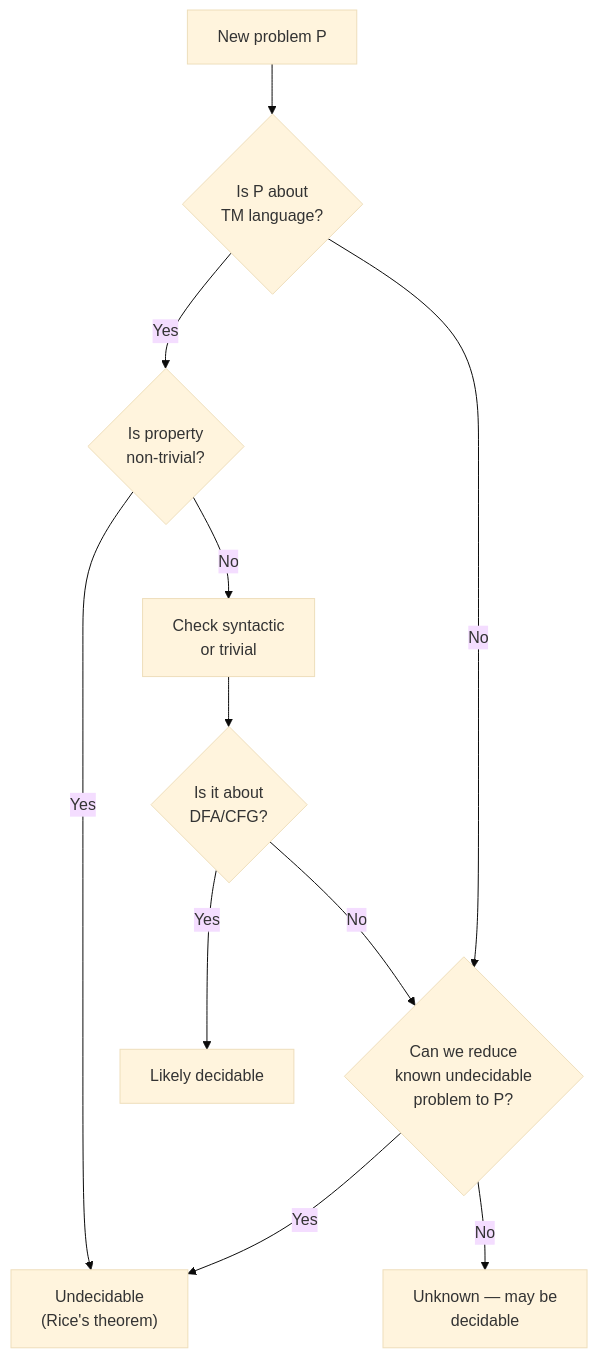
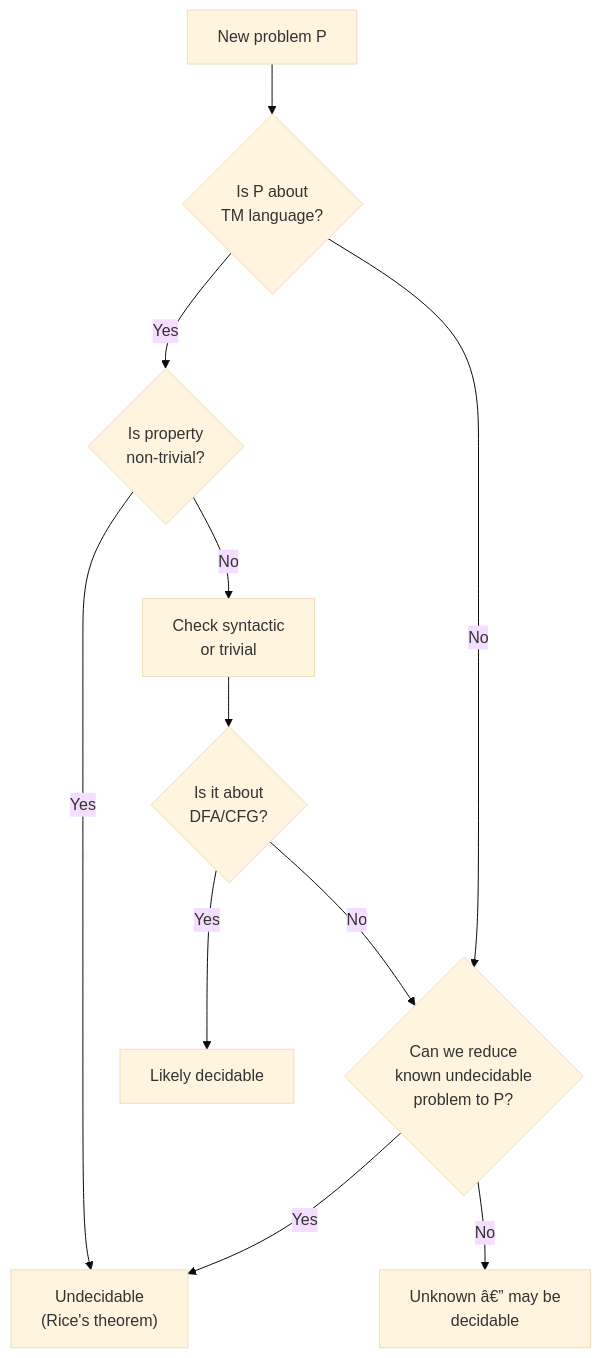
The third of 3 diagrams in docs/courses/theory-of-computation/11-decidability.md (Raushan666java/ai-engineering-journey), drawn with Mermaid (base theme) before and after one commit. The commit also changed other lines of this file and 735 other files, not shown here.

````diff
--- a/docs/courses/theory-of-computation/11-decidability.md
+++ b/docs/courses/theory-of-computation/11-decidability.md
@@ -881,13 +881,13 @@
 ```mermaid
 flowchart TD
     A["New problem P"] --> B{Is P about<br/>TM language?}
     B -->|Yes| C{Is property<br/>non-trivial?}
     C -->|Yes| D["Undecidable<br/>(Rice's theorem)"]
     C -->|No| E["Check syntactic<br/>or trivial"]
     B -->|No| F{Can we reduce<br/>known undecidable<br/>problem to P?}
     F -->|Yes| D
-    F -->|No| G["Unknown — may be<br/>decidable"]
+    F -->|No| G["Unknown â€” may be<br/>decidable"]
     E --> H{Is it about<br/>DFA/CFG?}
     H -->|Yes| I["Likely decidable"]
     H -->|No| F
 ```
````
